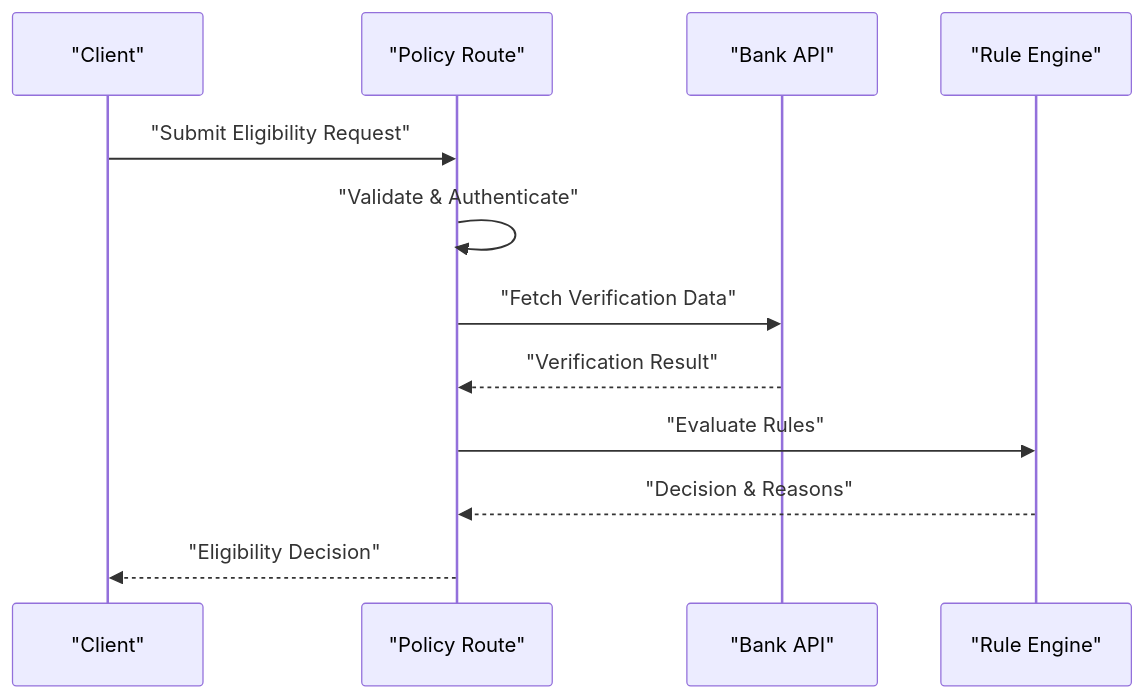
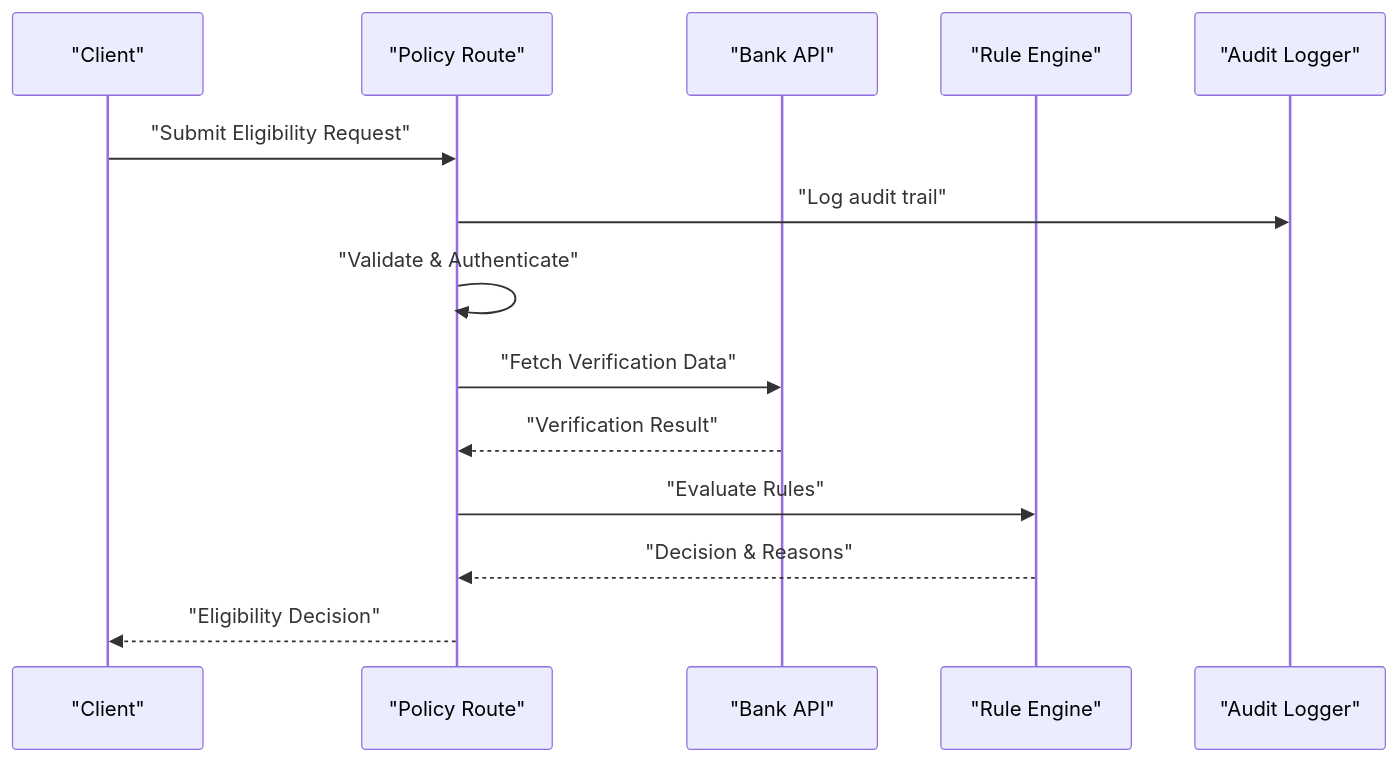
Before and after one commit to alibaba-hackathon-fsi/frontend-vaya: the fifth of 6 diagrams in .qoder/repowiki/en/content/Architecture Overview/API Architecture.md, drawn with Mermaid. The commit also changed other lines of this file and 77 other files, not shown here.

````diff
--- a/.qoder/repowiki/en/content/Architecture Overview/API Architecture.md
+++ b/.qoder/repowiki/en/content/Architecture Overview/API Architecture.md
@@ -290,14 +395,16 @@
 ```mermaid
 sequenceDiagram
 participant Client as "Client"
 participant PolicyRoute as "Policy Route"
 participant BankAPI as "Bank API"
 participant RuleEngine as "Rule Engine"
+participant Auditor as "Audit Logger"
 Client->>PolicyRoute : "Submit Eligibility Request"
+PolicyRoute->>Auditor : "Log audit trail"
 PolicyRoute->>PolicyRoute : "Validate & Authenticate"
 PolicyRoute->>BankAPI : "Fetch Verification Data"
 BankAPI-->>PolicyRoute : "Verification Result"
 PolicyRoute->>RuleEngine : "Evaluate Rules"
 RuleEngine-->>PolicyRoute : "Decision & Reasons"
 PolicyRoute-->>Client : "Eligibility Decision"
 ```
````
